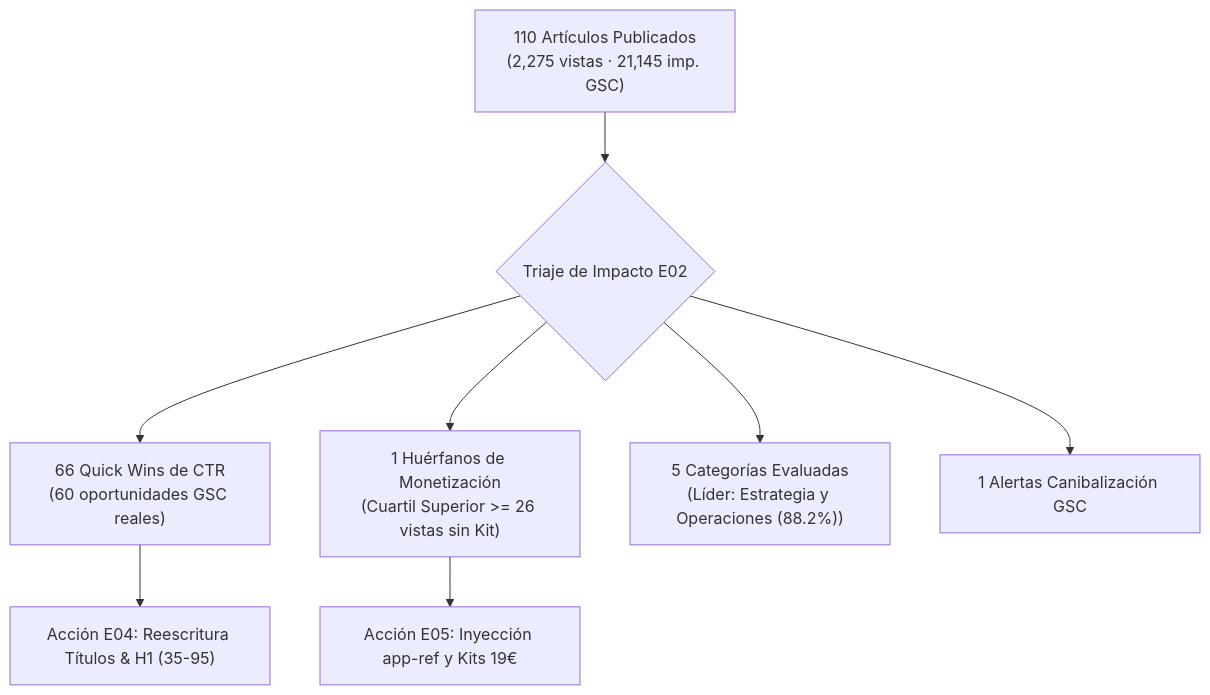
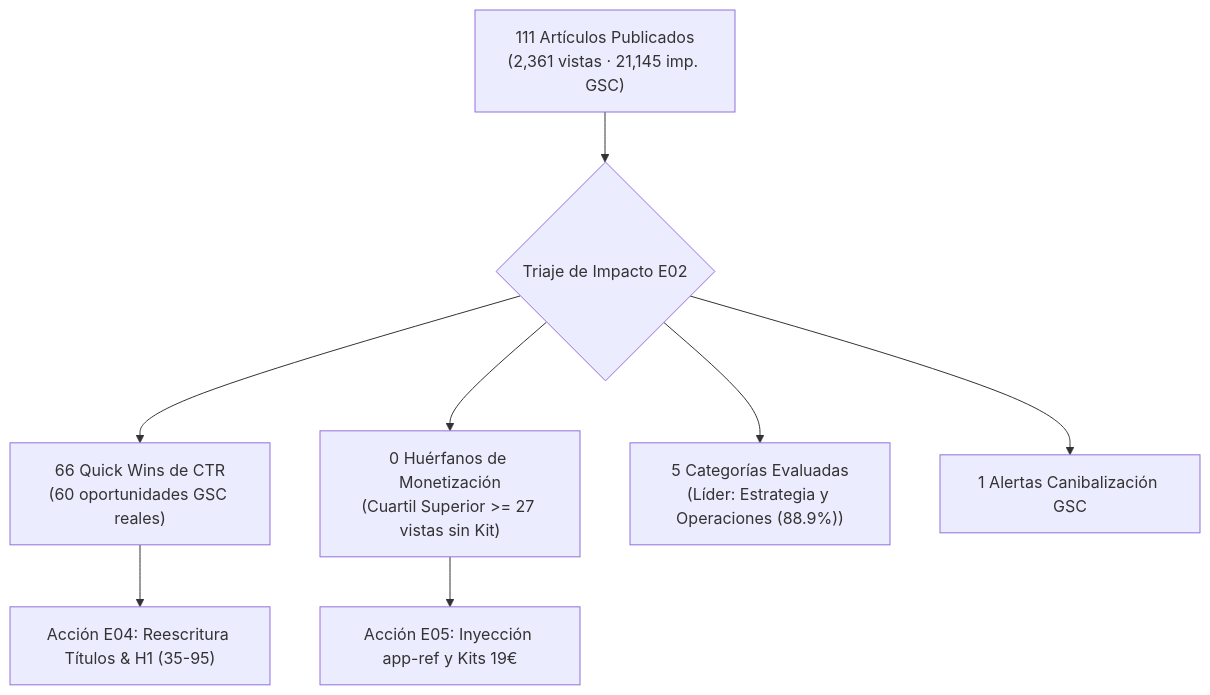
One commit to Dalaez/datalaria-website changed the diagram in specs/audit/IMPACT_REPORT.md. Above: the diagram before and after it, drawn with Mermaid. The commit also changed other lines of this file and 3 other files, not shown here.

Commit message:
chore(pulse,roadmap): close Stock & ROP Fase B launch telemetry [skip ci]

````diff
--- a/specs/audit/IMPACT_REPORT.md
+++ b/specs/audit/IMPACT_REPORT.md
@@ -24,10 +24,10 @@
 ```mermaid
 flowchart TD
-    A["110 Artículos Publicados\n(2,275 vistas · 21,145 imp. GSC)"] --> B{"Triaje de Impacto E02"}
+    A["111 Artículos Publicados\n(2,361 vistas · 21,145 imp. GSC)"] --> B{"Triaje de Impacto E02"}
     B --> C["66 Quick Wins de CTR\n(60 oportunidades GSC reales)"]
-    B --> D["1 Huérfanos de Monetización\n(Cuartil Superior >= 26 vistas sin Kit)"]
-    B --> E["5 Categorías Evaluadas\n(Líder: Estrategia y Operaciones (88.2%))"]
+    B --> D["0 Huérfanos de Monetización\n(Cuartil Superior >= 27 vistas sin Kit)"]
+    B --> E["5 Categorías Evaluadas\n(Líder: Estrategia y Operaciones (88.9%))"]
     B --> H["1 Alertas Canibalización GSC"]
     C --> F["Acción E04: Reescritura Títulos & H1 (35-95)"]
     D --> G["Acción E05: Inyección app-ref y Kits 19€"]
 ```
````
